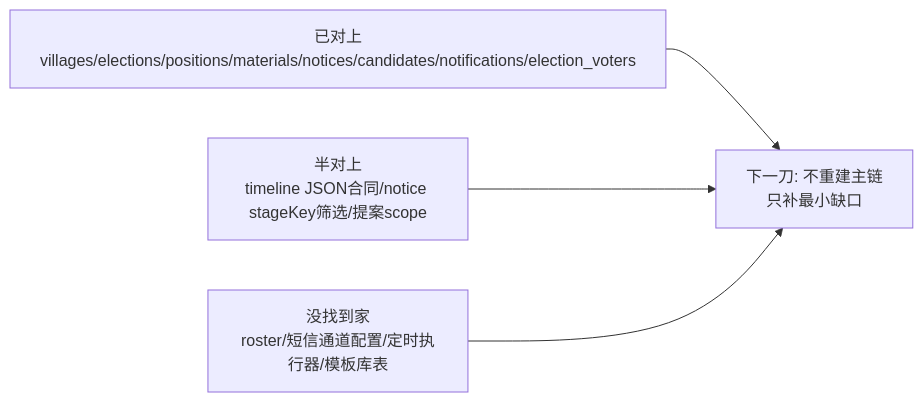
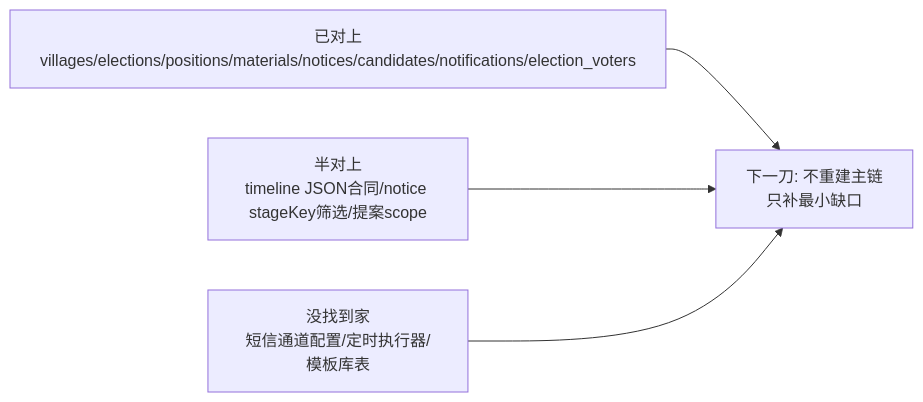
One commit to 4xiaxia/election-v2 changed the fourth of 7 diagrams in 副船长的航海接力日志/当前接力图.md. Above: the diagram before and after it, drawn with Mermaid. The commit also changed other lines of this file and 11 other files, not shown here.

````diff
--- a/副船长的航海接力日志/当前接力图.md
+++ b/副船长的航海接力日志/当前接力图.md
@@ -55,9 +57,9 @@
 ```mermaid
 flowchart LR
     OK[已对上<br/>villages/elections/positions/materials/notices/candidates/notifications/election_voters]
     HALF[半对上<br/>timeline JSON合同/notice stageKey筛选/提案scope]
-    MISS[没找到家<br/>roster/短信通道配置/定时执行器/模板库表]
+    MISS[没找到家<br/>短信通道配置/定时执行器/模板库表]
     OK --> NEXT[下一刀: 不重建主链<br/>只补最小缺口]
     HALF --> NEXT
     MISS --> NEXT
 ```
````
